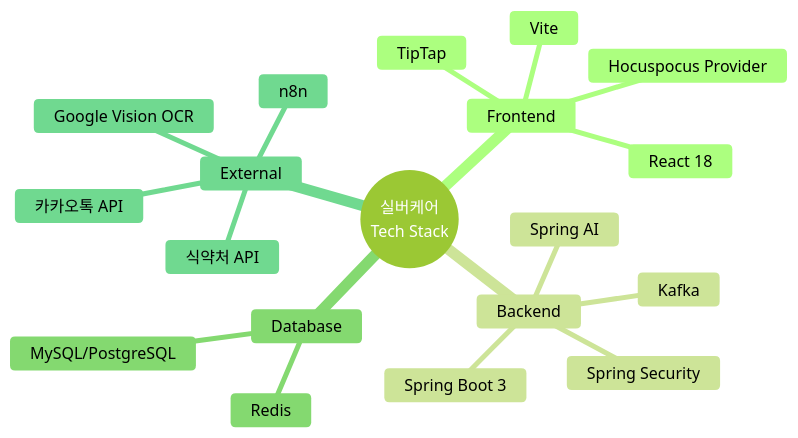
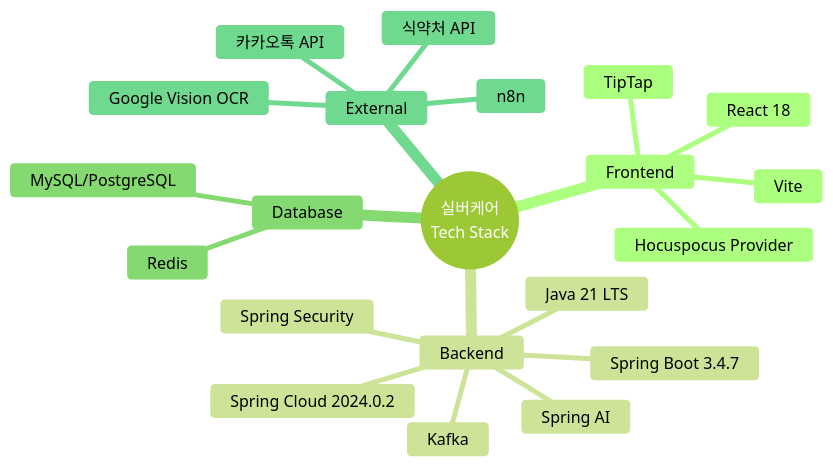
Before and after one commit to KOSA2025-FINAL-PROJECT-TEAM3/Front: the diagram in diagrams/09-tech-stack.mmd, drawn with Mermaid (forest theme). The commit also changed 2 other files, not shown here.

```diff
--- a/diagrams/09-tech-stack.mmd
+++ b/diagrams/09-tech-stack.mmd
@@ -1,20 +1,22 @@
 mindmap
   root((실버케어<br/>Tech Stack))
     Frontend
       React 18
       Vite
       TipTap
       Hocuspocus Provider
     Backend
-      Spring Boot 3
+      Java 21 LTS
+      Spring Boot 3.4.7
+      Spring Cloud 2024.0.2
       Spring Security
       Spring AI
       Kafka
     Database
       MySQL/PostgreSQL
       Redis
     External
       Google Vision OCR
       식약처 API
       카카오톡 API
       n8n
```
